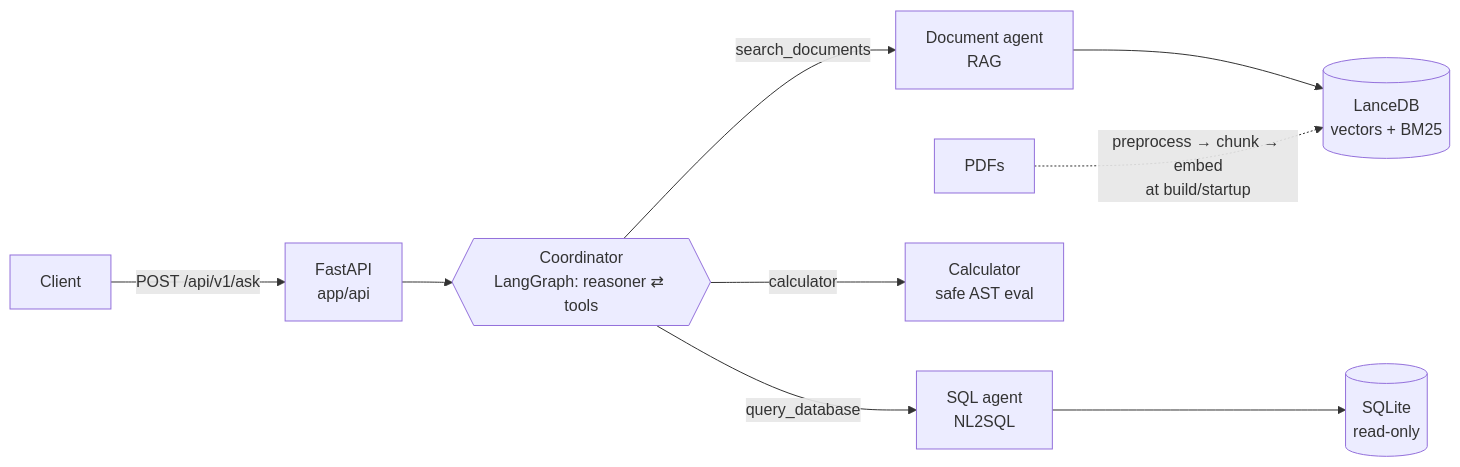
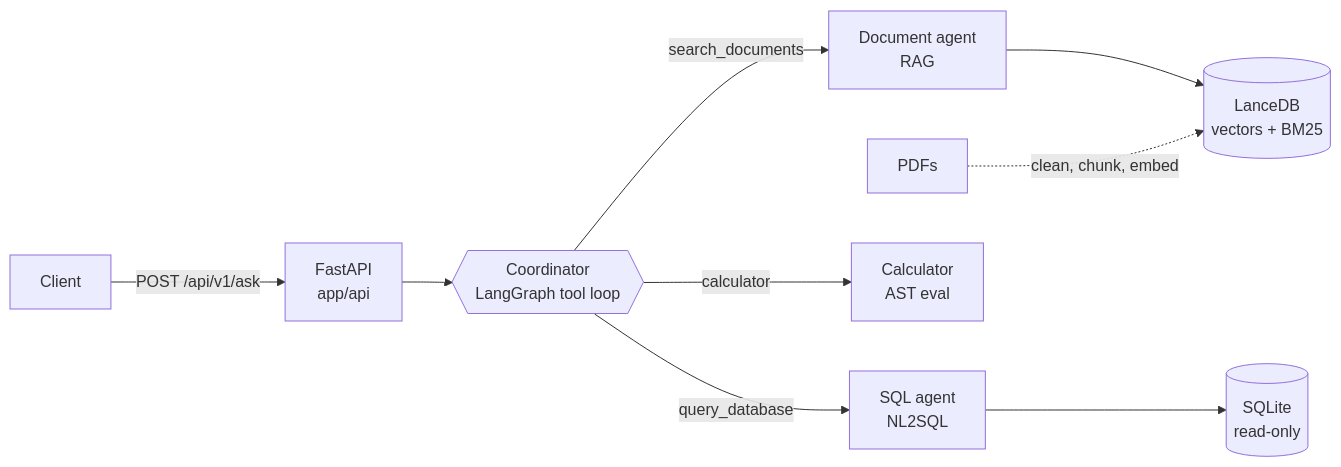
One commit to AlirezaShG/helix-assistant changed the diagram in README.md. Above: the diagram before and after it, drawn with Mermaid. The commit also changed other lines of this file, not shown here.

````diff
--- a/README.md
+++ b/README.md
@@ -169,11 +150,11 @@
 ```mermaid
 flowchart LR
     U[Client] -->|POST /api/v1/ask| API[FastAPI<br/>app/api]
-    API --> C{{Coordinator<br/>LangGraph: reasoner ⇄ tools}}
+    API --> C{{Coordinator<br/>LangGraph tool loop}}
     C -->|search_documents| D[Document agent<br/>RAG]
     C -->|query_database| S[SQL agent<br/>NL2SQL]
-    C -->|calculator| K[Calculator<br/>safe AST eval]
+    C -->|calculator| K[Calculator<br/>AST eval]
     D --> V[(LanceDB<br/>vectors + BM25)]
     S --> Q[(SQLite<br/>read-only)]
-    P[PDFs] -.->|preprocess → chunk → embed<br/>at build/startup| V
+    P[PDFs] -.->|clean, chunk, embed| V
 ```
````
